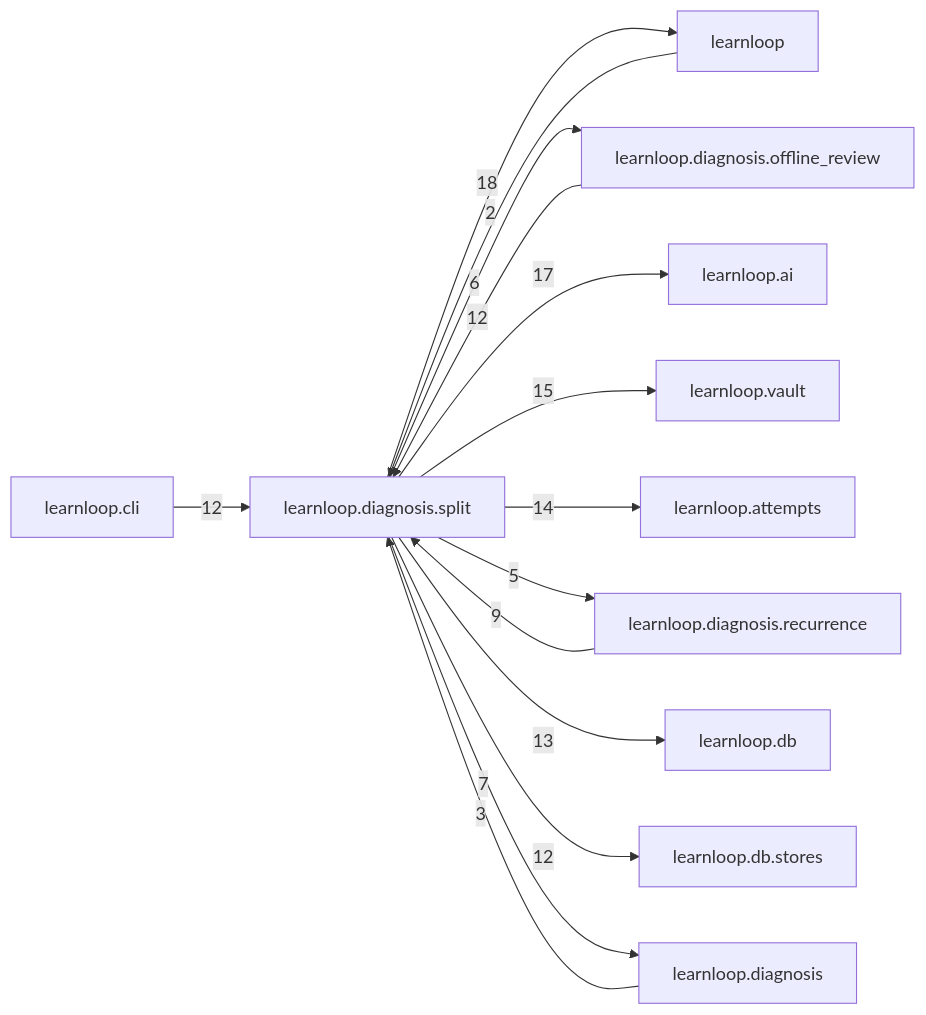
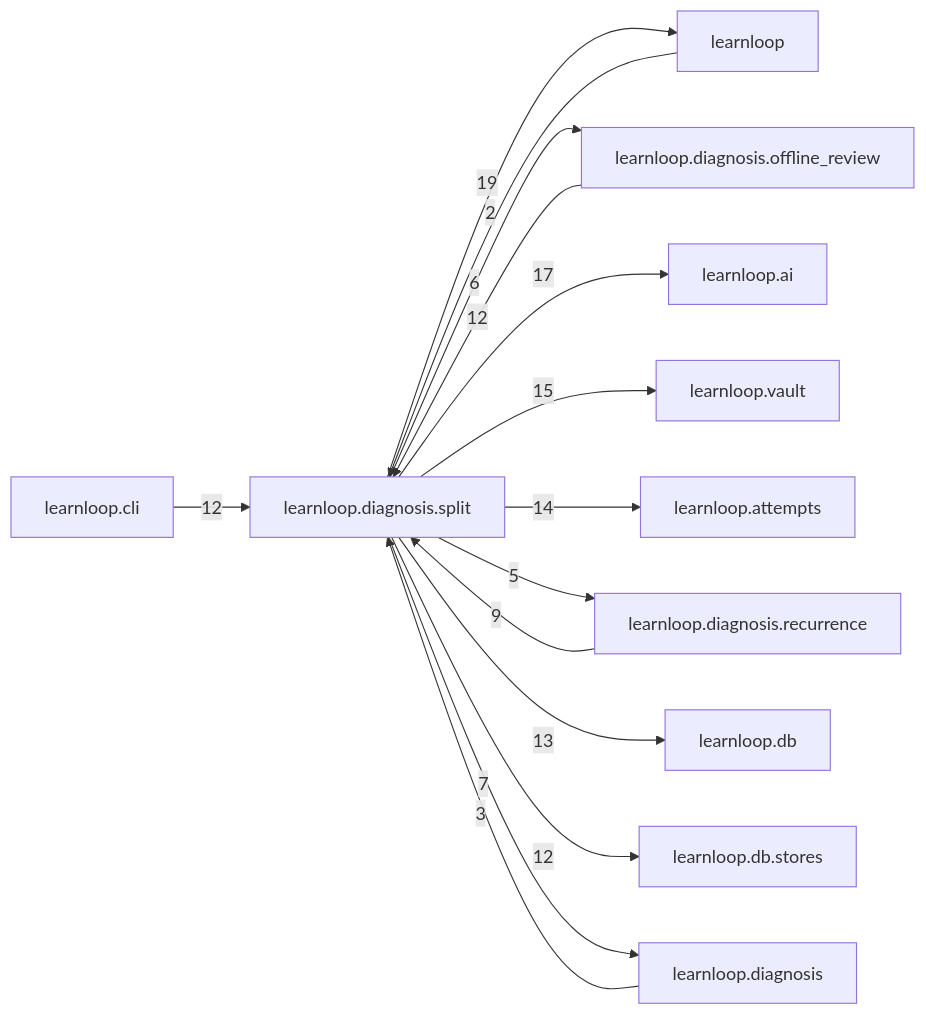
One commit to 6up-b/learnanything changed the diagram in docs/learnloop-architecture-vault/Reference/Modules/learnloop/diagnosis/split/_package.md. Above: the diagram before and after it, drawn with Mermaid. The commit also changed other lines of this file and 62 other files, not shown here.

````diff
--- a/docs/learnloop-architecture-vault/Reference/Modules/learnloop/diagnosis/split/_package.md
+++ b/docs/learnloop-architecture-vault/Reference/Modules/learnloop/diagnosis/split/_package.md
@@ -123,28 +123,28 @@
 ```mermaid
 flowchart LR
     center["learnloop.diagnosis.split"]
     n_learnloop["learnloop"]
     n_learnloop_diagnosis_offline_review["learnloop.diagnosis.offline_review"]
     n_learnloop_ai["learnloop.ai"]
     n_learnloop_vault["learnloop.vault"]
     n_learnloop_attempts["learnloop.attempts"]
     n_learnloop_diagnosis_recurrence["learnloop.diagnosis.recurrence"]
     n_learnloop_db["learnloop.db"]
     n_learnloop_cli["learnloop.cli"]
     n_learnloop_db_stores["learnloop.db.stores"]
     n_learnloop_diagnosis["learnloop.diagnosis"]
     n_learnloop -->|2| center
-    center -->|18| n_learnloop
+    center -->|19| n_learnloop
     n_learnloop_diagnosis_offline_review -->|12| center
     center -->|6| n_learnloop_diagnosis_offline_review
     center -->|17| n_learnloop_ai
     center -->|15| n_learnloop_vault
     center -->|14| n_learnloop_attempts
     n_learnloop_diagnosis_recurrence -->|9| center
     center -->|5| n_learnloop_diagnosis_recurrence
     center -->|13| n_learnloop_db
     n_learnloop_cli -->|12| center
     center -->|12| n_learnloop_db_stores
     n_learnloop_diagnosis -->|3| center
     center -->|7| n_learnloop_diagnosis
 ```
````
